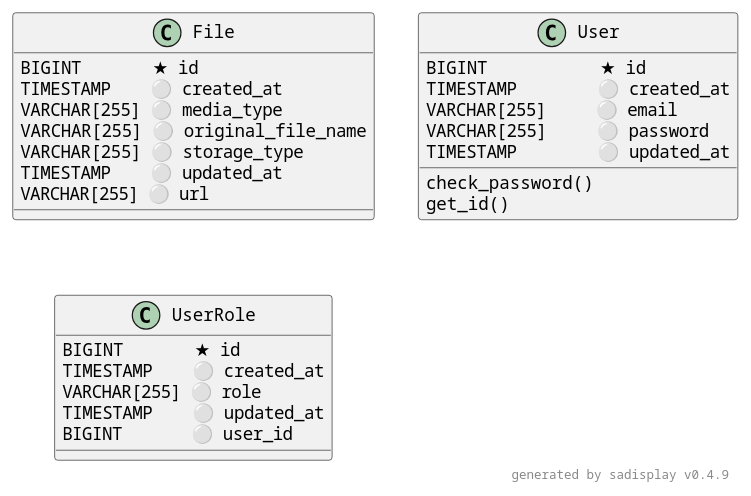
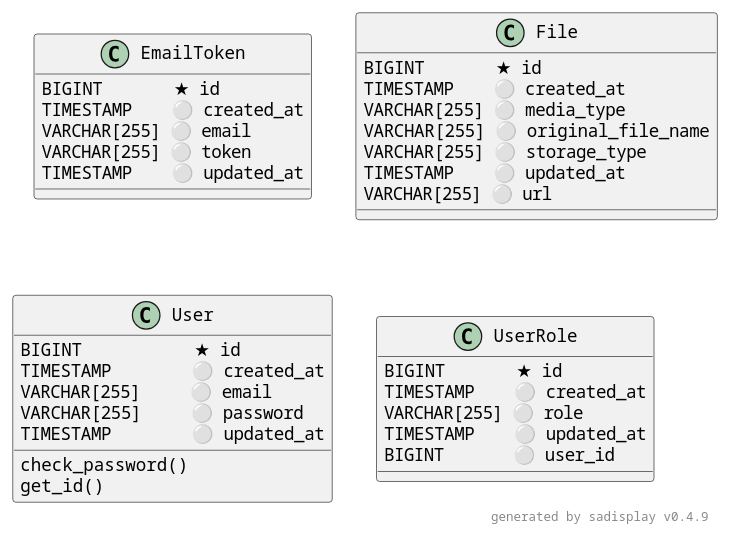
One commit to TruongTX-Martin/SMBC-Backend changed the diagram in documents/db/schema.plantuml. Above: the diagram before and after it, drawn with PlantUML. The commit also changed 1 other file, not shown here.

Commit message:
update ERD

```diff
--- a/documents/db/schema.plantuml
+++ b/documents/db/schema.plantuml
@@ -1,35 +1,43 @@
 @startuml
 
 skinparam defaultFontName Courier
+
+Class EmailToken {
+    BIGINT       ★ id        
+    TIMESTAMP    ⚪ created_at
+    VARCHAR[255] ⚪ email     
+    VARCHAR[255] ⚪ token     
+    TIMESTAMP    ⚪ updated_at
+}
 
 Class File {
     BIGINT       ★ id                
     TIMESTAMP    ⚪ created_at        
     VARCHAR[255] ⚪ media_type        
     VARCHAR[255] ⚪ original_file_name
     VARCHAR[255] ⚪ storage_type      
     TIMESTAMP    ⚪ updated_at        
     VARCHAR[255] ⚪ url               
 }
 
 Class User {
     BIGINT           ★ id        
     TIMESTAMP        ⚪ created_at
     VARCHAR[255]     ⚪ email     
     VARCHAR[255]     ⚪ password  
     TIMESTAMP        ⚪ updated_at
     check_password()             
     get_id()                     
 }
 
 Class UserRole {
     BIGINT       ★ id        
     TIMESTAMP    ⚪ created_at
     VARCHAR[255] ⚪ role      
     TIMESTAMP    ⚪ updated_at
     BIGINT       ⚪ user_id   
 }
 
 right footer generated by sadisplay v0.4.9
 
 @enduml
```
